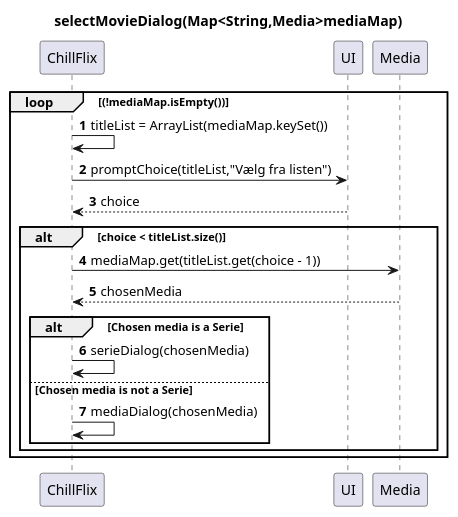
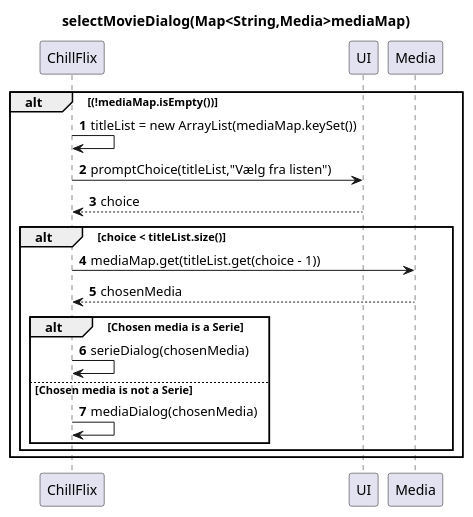
One commit to Falcho/SP3 changed the diagram in docs/SelectMovieDialogSequence.puml. Above: the diagram before and after it, drawn with PlantUML.

Commit message:
forfinet selectMovieDialog sequence diagram

```diff
--- a/docs/SelectMovieDialogSequence.puml
+++ b/docs/SelectMovieDialogSequence.puml
@@ -1,27 +1,27 @@
 @startuml
 'https://plantuml.com/sequence-diagram
 title selectMovieDialog(Map<String,Media>mediaMap)
 autonumber
 
 participant ChillFlix
 participant UI
 participant Media
 
-loop (!mediaMap.isEmpty())
-ChillFlix -> ChillFlix : titleList = ArrayList(mediaMap.keySet())
+alt (!mediaMap.isEmpty())
+ChillFlix -> ChillFlix : titleList = new ArrayList(mediaMap.keySet())
 ChillFlix -> UI: promptChoice(titleList,"Vælg fra listen")
 UI --> ChillFlix: choice
 
 alt choice < titleList.size()
 ChillFlix -> Media: mediaMap.get(titleList.get(choice - 1))
 Media --> ChillFlix: chosenMedia
 alt Chosen media is a Serie
     ChillFlix -> ChillFlix: serieDialog(chosenMedia)
 
 else Chosen media is not a Serie
     ChillFlix -> ChillFlix: mediaDialog(chosenMedia)
 end
 end
 end
 
 @enduml
```
